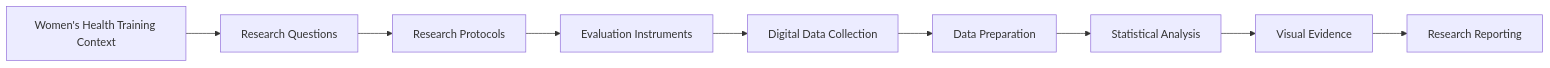
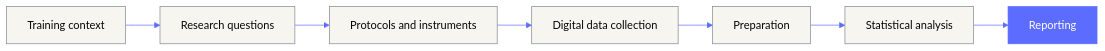
The diagram in README.md (arielabade/echo-womens-health-research-analytics), drawn with Mermaid before and after one commit. The commit also changed other lines of this file and 8 other files, not shown here.

````diff
--- a/README.md
+++ b/README.md
@@ -79,11 +71,11 @@
 ```mermaid
+%%{init: {'theme':'base','themeVariables':{'primaryColor':'#F6F5F0','primaryTextColor':'#050505','primaryBorderColor':'#7E8791','lineColor':'#5B6CFF','fontFamily':'Lato, Helvetica, Arial, sans-serif'}}}%%
 flowchart LR
-    A[Women's Health Training Context] --> B[Research Questions]
-    B --> C[Research Protocols]
-    C --> D[Evaluation Instruments]
-    D --> E[Digital Data Collection]
-    E --> F[Data Preparation]
-    F --> G[Statistical Analysis]
-    G --> H[Visual Evidence]
-    H --> I[Research Reporting]
+    A[Training context] --> B[Research questions]
+    B --> C[Protocols and instruments]
+    C --> D[Digital data collection]
+    D --> E[Preparation]
+    E --> F[Statistical analysis]
+    F --> G[Reporting]
+    style G fill:#5B6CFF,stroke:#5B6CFF,color:#FFFFFF
 ```
````
